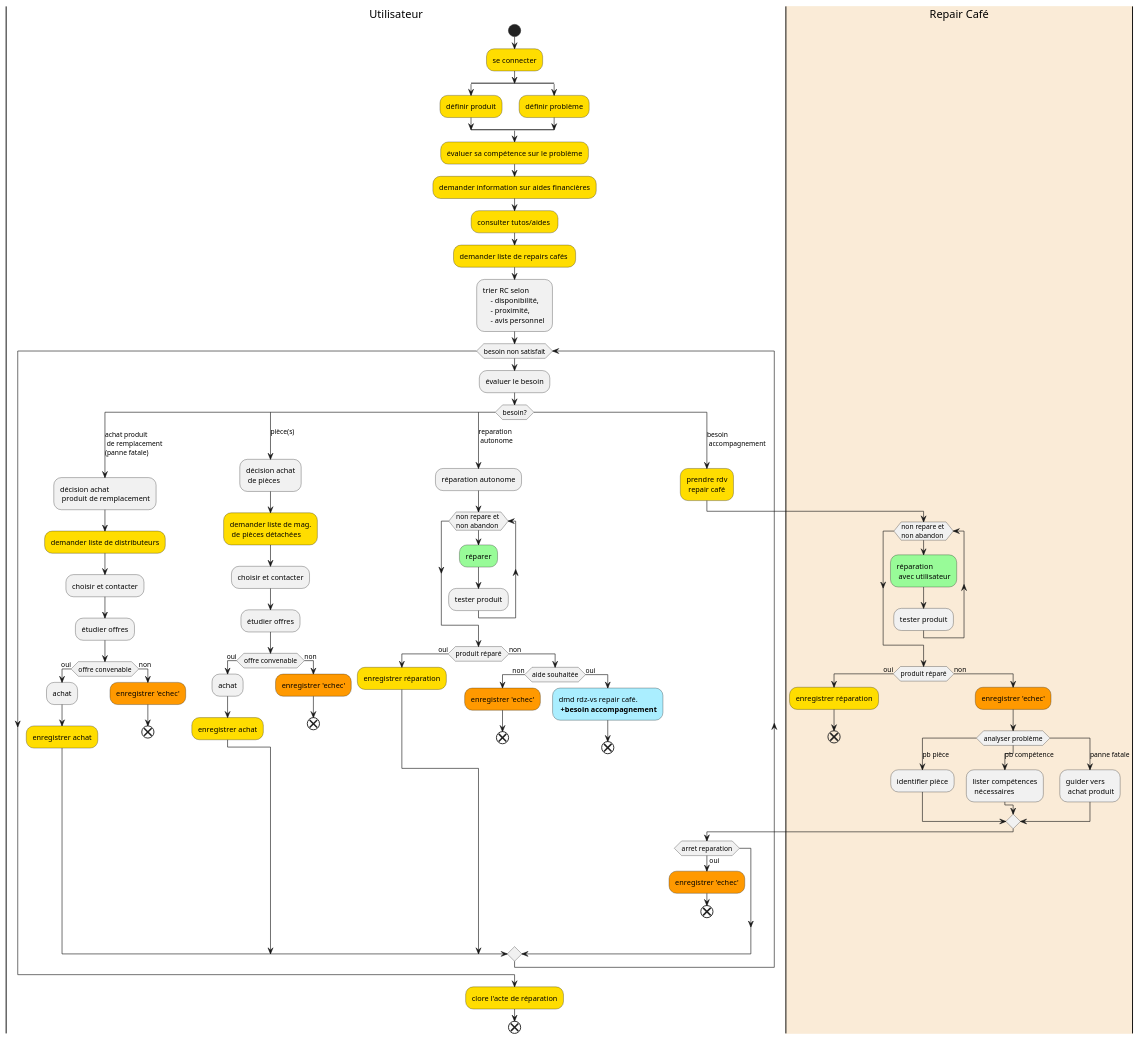
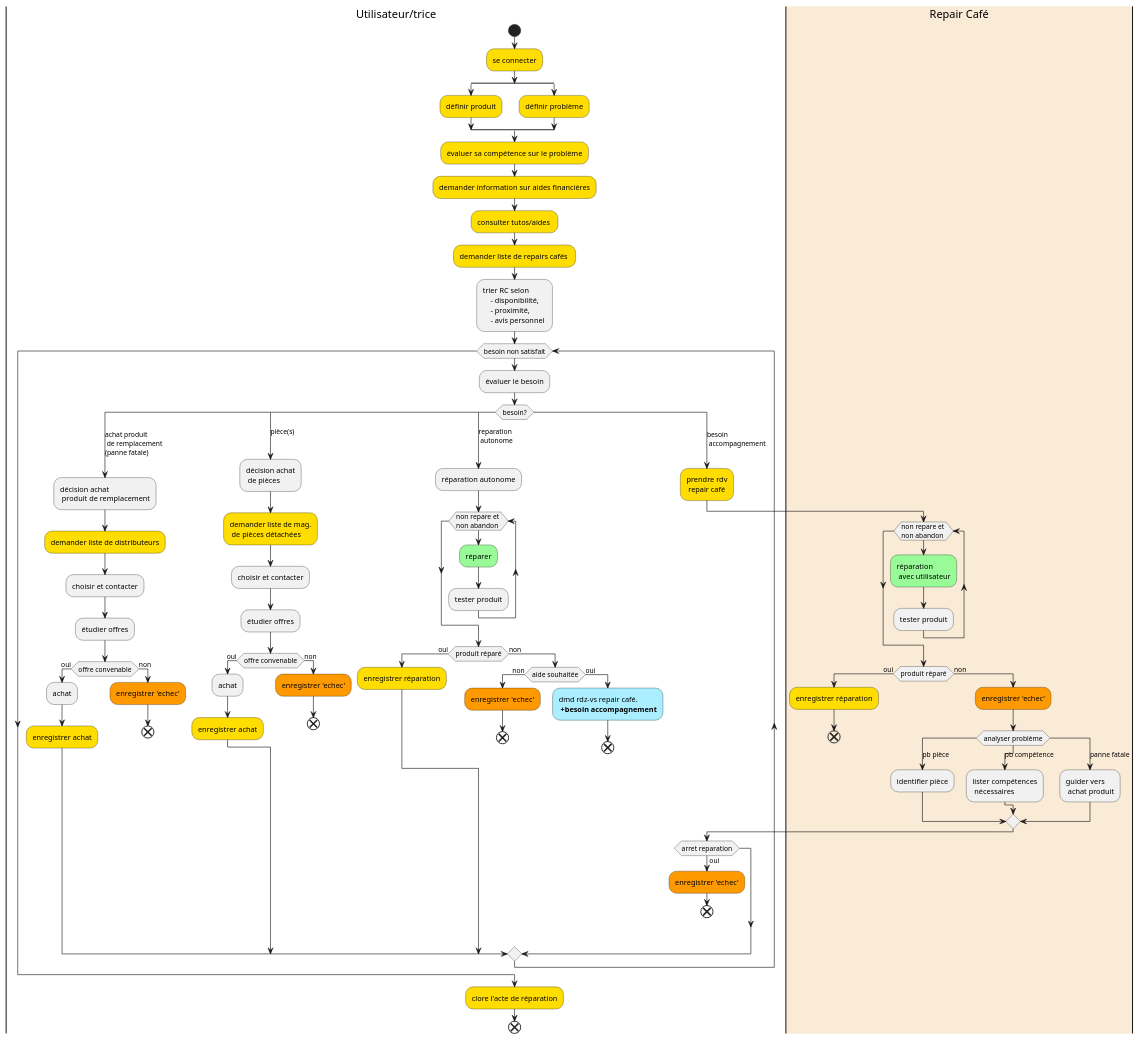
The diagram in SAdemarActivityDiagCoop.md (EmmanuelADAM/Sademaar), drawn with PlantUML before and after one commit. The commit also changed 30 other files, not shown here.

```diff
--- a/SAdemarActivityDiagCoop.md
+++ b/SAdemarActivityDiagCoop.md
@@ -14,7 +14,7 @@
 @startuml actititesPanne
 !pragma useVerticalIf on
 skinparam ConditionEndStyle hline
-|Utilisateur|
+|Utilisateur/trice|
 start
 'partition "déclarer panne"{
 #FFDD00:se connecter;
@@ -98,7 +98,7 @@
 :guider vers\n achat produit;
 endswitch
 end if
-|Utilisateur|
+|Utilisateur/trice|
 if (arret reparation) then (oui)
 #FF9900:enregistrer 'echec';
 end;
```
